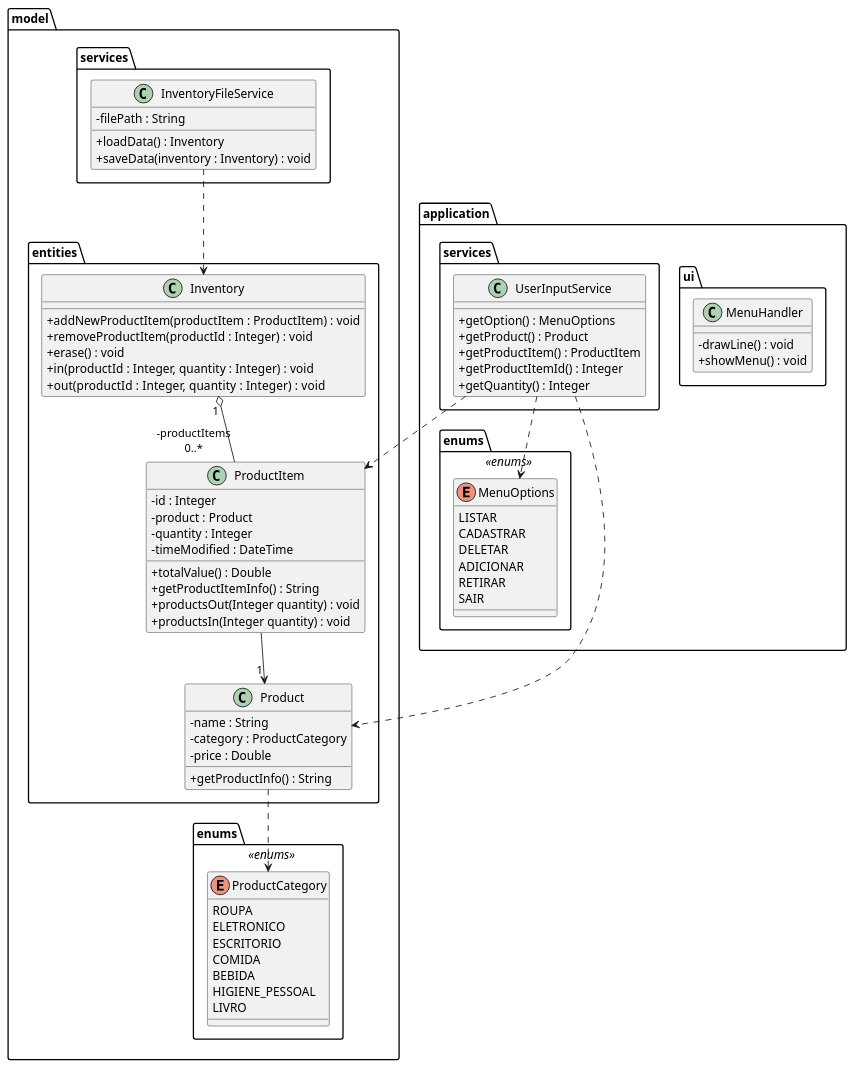
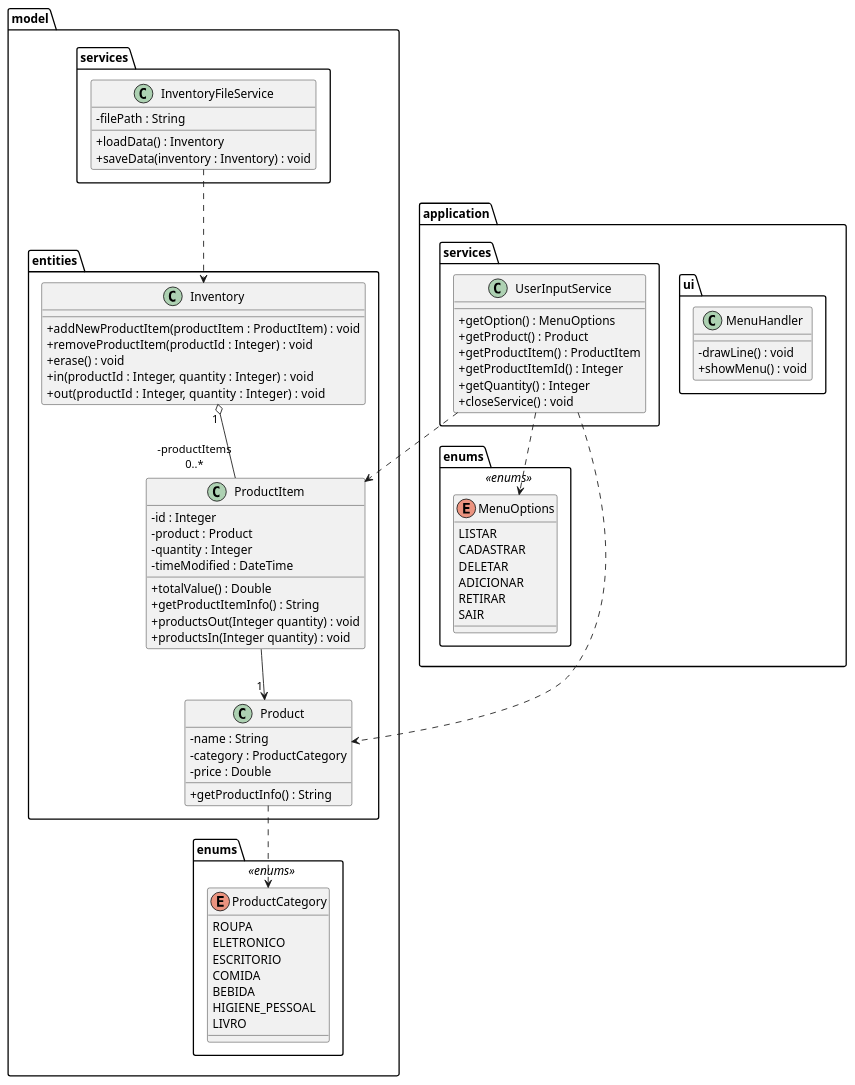
The diagram in java-crud-console-umlclass.puml (victormmcouto/java-crud-console), drawn with PlantUML before and after one commit.

Commit message:
feat: Adiciona método em UserInputService para fechar serviço de Scanner

```diff
--- a/java-crud-console-umlclass.puml
+++ b/java-crud-console-umlclass.puml
@@ -1,84 +1,85 @@
 @startuml
 skinparam classAttributeIconSize 0
 package model {
   package entities {
     class Product {
       - name : String
       - category : ProductCategory
       - price : Double
       + getProductInfo() : String
     }
     class Inventory {
       + addNewProductItem(productItem : ProductItem) : void
       + removeProductItem(productId : Integer) : void
       + erase() : void
       + in(productId : Integer, quantity : Integer) : void
       + out(productId : Integer, quantity : Integer) :  void
     }
     class ProductItem {
       - id : Integer
       - product : Product
       - quantity : Integer
       - timeModified : DateTime
       + totalValue() : Double
       + getProductItemInfo() : String
       + productsOut(Integer quantity) : void
       + productsIn(Integer quantity) : void
     }
   }
   package services {
       class InventoryFileService {
       - filePath : String
       + loadData() : Inventory
       + saveData(inventory : Inventory) : void
     }
   }
   package enums <<enums>> {
     enum ProductCategory {
       ROUPA
       ELETRONICO
       ESCRITORIO
       COMIDA
       BEBIDA
       HIGIENE_PESSOAL
       LIVRO
     }
   }
 }
 
 package application {
   package application.ui {
     class MenuHandler {
     - drawLine() : void
     + showMenu() : void
     }
   }
   package enums <<enums>> {
     enum MenuOptions {
       LISTAR
       CADASTRAR
       DELETAR
       ADICIONAR
       RETIRAR
       SAIR
     }
   }
   package services {
     class UserInputService {
       + getOption() : MenuOptions
       + getProduct() : Product
       + getProductItem() : ProductItem
       + getProductItemId() : Integer
       + getQuantity() : Integer
+      + closeService() : void
     }
   }
 }
 
 ProductItem --> "\t1" Product
 Inventory "\t1" o-- "-productItems\n0..*" ProductItem
 InventoryFileService ..> Inventory
 Product ..> ProductCategory
 UserInputService ..> MenuOptions
 UserInputService ..> Product
 UserInputService ..> ProductItem
 @enduml
```
